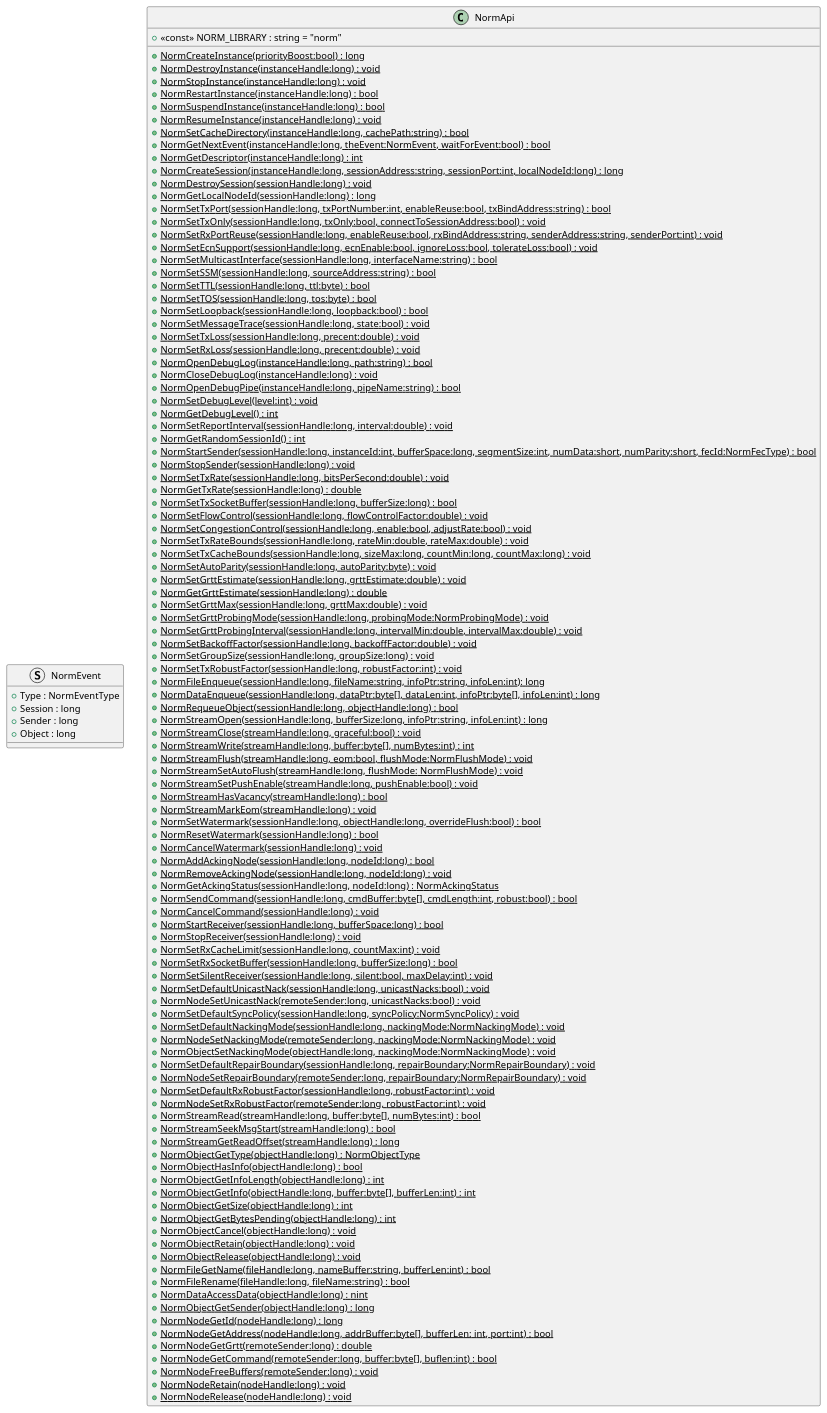
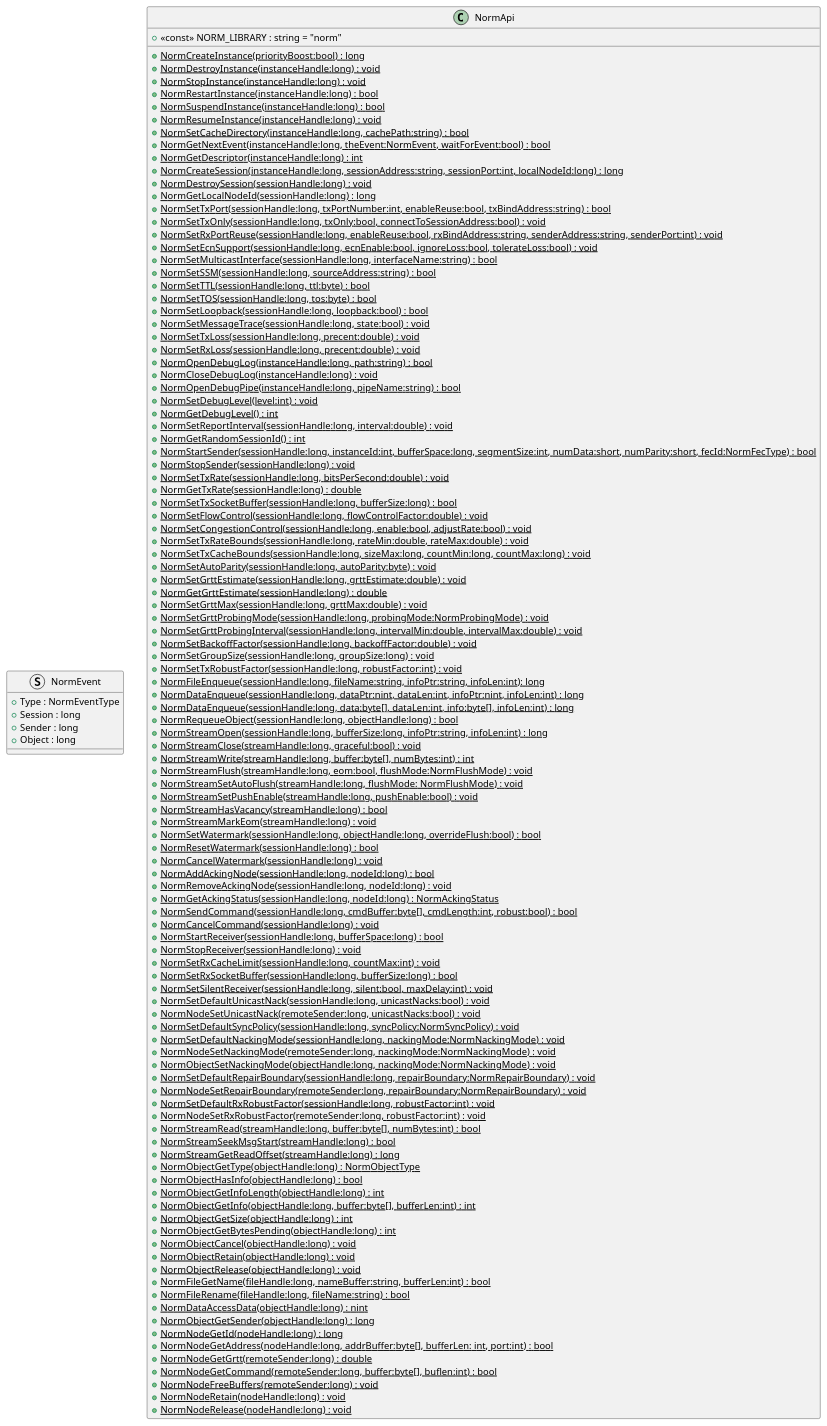
The diagram in src/dotnet/design/Mil/Navy/Nrl/Norm/NormApi.puml (USNavalResearchLaboratory/norm), drawn with PlantUML before and after one commit. The commit also changed 1 other file, not shown here.

Commit message:
NormDataEnqueue Refactor (#31)
* Switched NormDataEnqueue to use IntPtr

* Updated NormApi design

```diff
--- a/src/dotnet/design/Mil/Navy/Nrl/Norm/NormApi.puml
+++ b/src/dotnet/design/Mil/Navy/Nrl/Norm/NormApi.puml
@@ -1,119 +1,120 @@
 @startuml 
 struct NormEvent 
 {
     + Type : NormEventType
     + Session : long
     + Sender : long
     + Object : long
 }
 class NormApi
 {
     + <<const>> NORM_LIBRARY : string = "norm"
     + {static} NormCreateInstance(priorityBoost:bool) : long
     + {static} NormDestroyInstance(instanceHandle:long) : void
     + {static} NormStopInstance(instanceHandle:long) : void
     + {static} NormRestartInstance(instanceHandle:long) : bool
     + {static} NormSuspendInstance(instanceHandle:long) : bool
     + {static} NormResumeInstance(instanceHandle:long) : void
     + {static} NormSetCacheDirectory(instanceHandle:long, cachePath:string) : bool
     + {static} NormGetNextEvent(instanceHandle:long, theEvent:NormEvent, waitForEvent:bool) : bool 
     + {static} NormGetDescriptor(instanceHandle:long) : int 
     + {static} NormCreateSession(instanceHandle:long, sessionAddress:string, sessionPort:int, localNodeId:long) : long 
     + {static} NormDestroySession(sessionHandle:long) : void 
     + {static} NormGetLocalNodeId(sessionHandle:long) : long
     + {static} NormSetTxPort(sessionHandle:long, txPortNumber:int, enableReuse:bool, txBindAddress:string) : bool 
     + {static} NormSetTxOnly(sessionHandle:long, txOnly:bool, connectToSessionAddress:bool) : void 
     + {static} NormSetRxPortReuse(sessionHandle:long, enableReuse:bool, rxBindAddress:string, senderAddress:string, senderPort:int) : void 
     + {static} NormSetEcnSupport(sessionHandle:long, ecnEnable:bool, ignoreLoss:bool, tolerateLoss:bool) : void 
     + {static} NormSetMulticastInterface(sessionHandle:long, interfaceName:string) : bool 
     + {static} NormSetSSM(sessionHandle:long, sourceAddress:string) : bool 
     + {static} NormSetTTL(sessionHandle:long, ttl:byte) : bool 
     + {static} NormSetTOS(sessionHandle:long, tos:byte) : bool 
     + {static} NormSetLoopback(sessionHandle:long, loopback:bool) : bool
     + {static} NormSetMessageTrace(sessionHandle:long, state:bool) : void
     + {static} NormSetTxLoss(sessionHandle:long, precent:double) : void
     + {static} NormSetRxLoss(sessionHandle:long, precent:double) : void
     + {static} NormOpenDebugLog(instanceHandle:long, path:string) : bool 
     + {static} NormCloseDebugLog(instanceHandle:long) : void
     + {static} NormOpenDebugPipe(instanceHandle:long, pipeName:string) : bool 
     + {static} NormSetDebugLevel(level:int) : void 
     + {static} NormGetDebugLevel() : int
     + {static} NormSetReportInterval(sessionHandle:long, interval:double) : void
     + {static} NormGetRandomSessionId() : int 
     + {static} NormStartSender(sessionHandle:long, instanceId:int, bufferSpace:long, segmentSize:int, numData:short, numParity:short, fecId:NormFecType) : bool 
     + {static} NormStopSender(sessionHandle:long) : void
     + {static} NormSetTxRate(sessionHandle:long, bitsPerSecond:double) : void
     + {static} NormGetTxRate(sessionHandle:long) : double
     + {static} NormSetTxSocketBuffer(sessionHandle:long, bufferSize:long) : bool 
     + {static} NormSetFlowControl(sessionHandle:long, flowControlFactor:double) : void
     + {static} NormSetCongestionControl(sessionHandle:long, enable:bool, adjustRate:bool) : void 
     + {static} NormSetTxRateBounds(sessionHandle:long, rateMin:double, rateMax:double) : void
     + {static} NormSetTxCacheBounds(sessionHandle:long, sizeMax:long, countMin:long, countMax:long) : void 
     + {static} NormSetAutoParity(sessionHandle:long, autoParity:byte) : void 
     + {static} NormSetGrttEstimate(sessionHandle:long, grttEstimate:double) : void
     + {static} NormGetGrttEstimate(sessionHandle:long) : double
     + {static} NormSetGrttMax(sessionHandle:long, grttMax:double) : void
     + {static} NormSetGrttProbingMode(sessionHandle:long, probingMode:NormProbingMode) : void 
     + {static} NormSetGrttProbingInterval(sessionHandle:long, intervalMin:double, intervalMax:double) : void
     + {static} NormSetBackoffFactor(sessionHandle:long, backoffFactor:double) : void
     + {static} NormSetGroupSize(sessionHandle:long, groupSize:long) : void 
     + {static} NormSetTxRobustFactor(sessionHandle:long, robustFactor:int) : void
     + {static} NormFileEnqueue(sessionHandle:long, fileName:string, infoPtr:string, infoLen:int): long 
-    + {static} NormDataEnqueue(sessionHandle:long, dataPtr:byte[], dataLen:int, infoPtr:byte[], infoLen:int) : long 
+    + {static} NormDataEnqueue(sessionHandle:long, dataPtr:nint, dataLen:int, infoPtr:nint, infoLen:int) : long 
+    + {static} NormDataEnqueue(sessionHandle:long, data:byte[], dataLen:int, info:byte[], infoLen:int) : long 
     + {static} NormRequeueObject(sessionHandle:long, objectHandle:long) : bool
     + {static} NormStreamOpen(sessionHandle:long, bufferSize:long, infoPtr:string, infoLen:int) : long 
     + {static} NormStreamClose(streamHandle:long, graceful:bool) : void 
     + {static} NormStreamWrite(streamHandle:long, buffer:byte[], numBytes:int) : int
     + {static} NormStreamFlush(streamHandle:long, eom:bool, flushMode:NormFlushMode) : void 
     + {static} NormStreamSetAutoFlush(streamHandle:long, flushMode: NormFlushMode) : void
     + {static} NormStreamSetPushEnable(streamHandle:long, pushEnable:bool) : void
     + {static} NormStreamHasVacancy(streamHandle:long) : bool
     + {static} NormStreamMarkEom(streamHandle:long) : void
     + {static} NormSetWatermark(sessionHandle:long, objectHandle:long, overrideFlush:bool) : bool
     + {static} NormResetWatermark(sessionHandle:long) : bool
     + {static} NormCancelWatermark(sessionHandle:long) : void
     + {static} NormAddAckingNode(sessionHandle:long, nodeId:long) : bool
     + {static} NormRemoveAckingNode(sessionHandle:long, nodeId:long) : void
     + {static} NormGetAckingStatus(sessionHandle:long, nodeId:long) : NormAckingStatus
     + {static} NormSendCommand(sessionHandle:long, cmdBuffer:byte[], cmdLength:int, robust:bool) : bool
     + {static} NormCancelCommand(sessionHandle:long) : void
     + {static} NormStartReceiver(sessionHandle:long, bufferSpace:long) : bool
     + {static} NormStopReceiver(sessionHandle:long) : void
     + {static} NormSetRxCacheLimit(sessionHandle:long, countMax:int) : void
     + {static} NormSetRxSocketBuffer(sessionHandle:long, bufferSize:long) : bool
     + {static} NormSetSilentReceiver(sessionHandle:long, silent:bool, maxDelay:int) : void
     + {static} NormSetDefaultUnicastNack(sessionHandle:long, unicastNacks:bool) : void
     + {static} NormNodeSetUnicastNack(remoteSender:long, unicastNacks:bool) : void
     + {static} NormSetDefaultSyncPolicy(sessionHandle:long, syncPolicy:NormSyncPolicy) : void
     + {static} NormSetDefaultNackingMode(sessionHandle:long, nackingMode:NormNackingMode) : void
     + {static} NormNodeSetNackingMode(remoteSender:long, nackingMode:NormNackingMode) : void
     + {static} NormObjectSetNackingMode(objectHandle:long, nackingMode:NormNackingMode) : void
     + {static} NormSetDefaultRepairBoundary(sessionHandle:long, repairBoundary:NormRepairBoundary) : void
     + {static} NormNodeSetRepairBoundary(remoteSender:long, repairBoundary:NormRepairBoundary) : void
     + {static} NormSetDefaultRxRobustFactor(sessionHandle:long, robustFactor:int) : void
     + {static} NormNodeSetRxRobustFactor(remoteSender:long, robustFactor:int) : void
     + {static} NormStreamRead(streamHandle:long, buffer:byte[], numBytes:int) : bool
     + {static} NormStreamSeekMsgStart(streamHandle:long) : bool
     + {static} NormStreamGetReadOffset(streamHandle:long) : long
     + {static} NormObjectGetType(objectHandle:long) : NormObjectType
     + {static} NormObjectHasInfo(objectHandle:long) : bool
     + {static} NormObjectGetInfoLength(objectHandle:long) : int
     + {static} NormObjectGetInfo(objectHandle:long, buffer:byte[], bufferLen:int) : int
     + {static} NormObjectGetSize(objectHandle:long) : int
     + {static} NormObjectGetBytesPending(objectHandle:long) : int
     + {static} NormObjectCancel(objectHandle:long) : void
     + {static} NormObjectRetain(objectHandle:long) : void
     + {static} NormObjectRelease(objectHandle:long) : void
     + {static} NormFileGetName(fileHandle:long, nameBuffer:string, bufferLen:int) : bool
     + {static} NormFileRename(fileHandle:long, fileName:string) : bool
     + {static} NormDataAccessData(objectHandle:long) : nint
     + {static} NormObjectGetSender(objectHandle:long) : long
     + {static} NormNodeGetId(nodeHandle:long) : long
     + {static} NormNodeGetAddress(nodeHandle:long, addrBuffer:byte[], bufferLen: int, port:int) : bool
     + {static} NormNodeGetGrtt(remoteSender:long) : double
     + {static} NormNodeGetCommand(remoteSender:long, buffer:byte[], buflen:int) : bool
     + {static} NormNodeFreeBuffers(remoteSender:long) : void
     + {static} NormNodeRetain(nodeHandle:long) : void
     + {static} NormNodeRelease(nodeHandle:long) : void
 }
 @enduml
```
